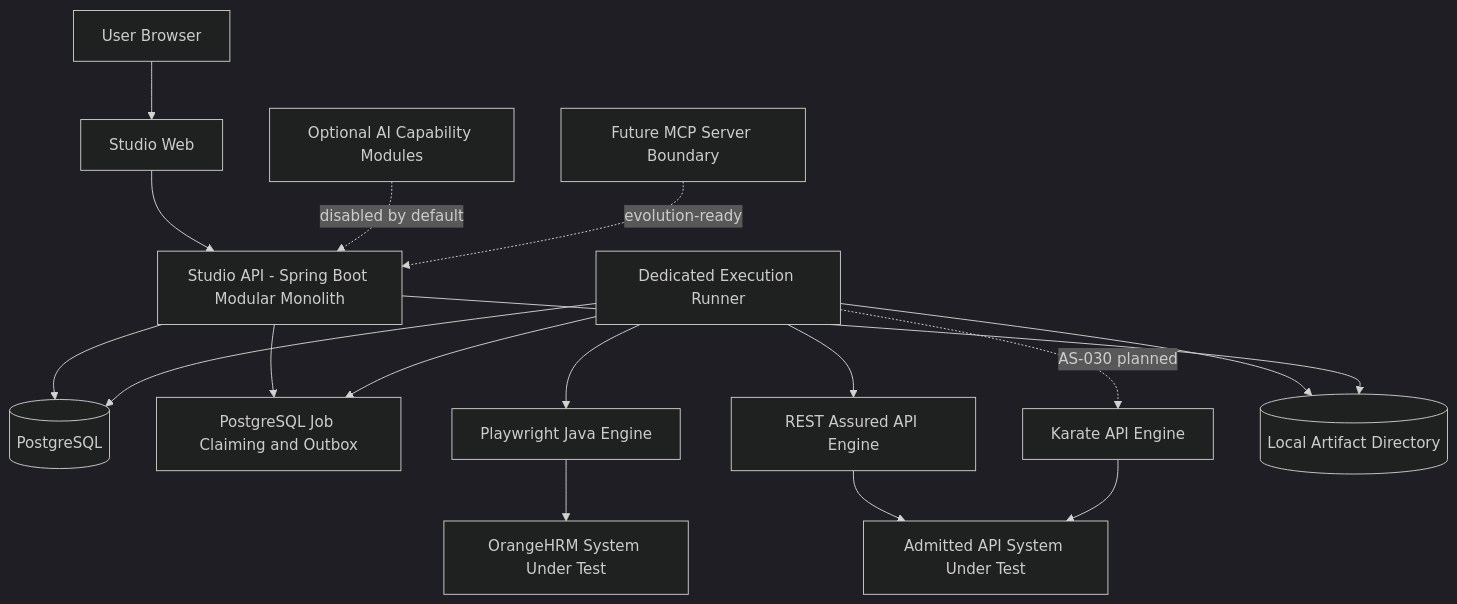
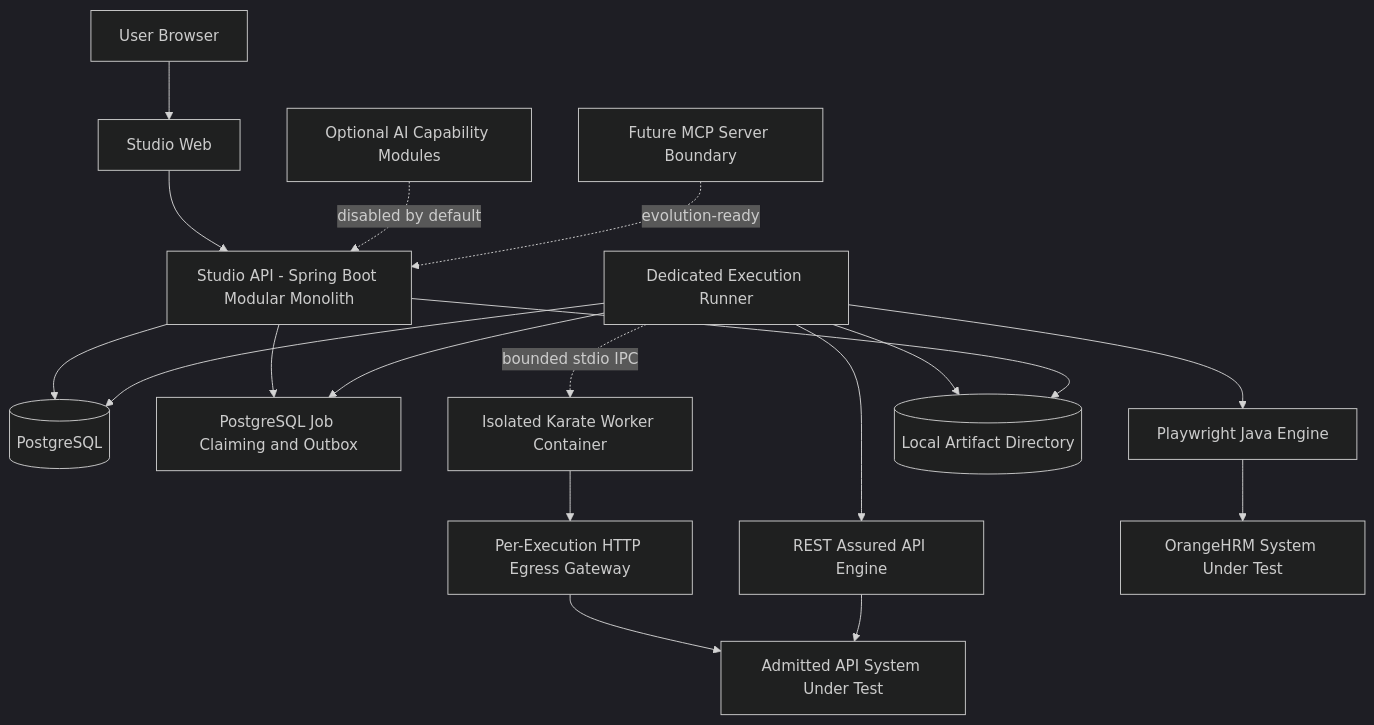
Before and after one commit to niteshcodespace/automation-studio: the first of 2 diagrams in docs/architecture/deployment.md, drawn with Mermaid (dark theme). The commit also changed other lines of this file and 6 other files, not shown here.

Commit message:
docs(engine): define isolated Karate runtime architecture (AS-030C1)

````diff
--- a/docs/architecture/deployment.md
+++ b/docs/architecture/deployment.md
@@ -36,20 +36,21 @@
 ```mermaid
 flowchart TB
     User[User Browser] --> Web[Studio Web]
     Web --> Api[Studio API - Spring Boot Modular Monolith]
     Api --> Db[(PostgreSQL)]
     Api --> Jobs[PostgreSQL Job Claiming and Outbox]
     Runner[Dedicated Execution Runner] --> Jobs
     Runner --> Db
     Runner --> Playwright[Playwright Java Engine]
     Runner --> RestAssured[REST Assured API Engine]
-    Runner -. AS-030 planned .-> Karate[Karate API Engine]
+    Runner -. bounded stdio IPC .-> Karate[Isolated Karate Worker Container]
+    Karate --> Gateway[Per-Execution HTTP Egress Gateway]
+    Gateway --> ApiSut
     Playwright --> Sut[OrangeHRM System Under Test]
     RestAssured --> ApiSut[Admitted API System Under Test]
-    Karate --> ApiSut
     Runner --> Files[(Local Artifact Directory)]
     Api --> Files
 
     Ai[Optional AI Capability Modules] -. disabled by default .-> Api
     Mcp[Future MCP Server Boundary] -. evolution-ready .-> Api
 ```
````
